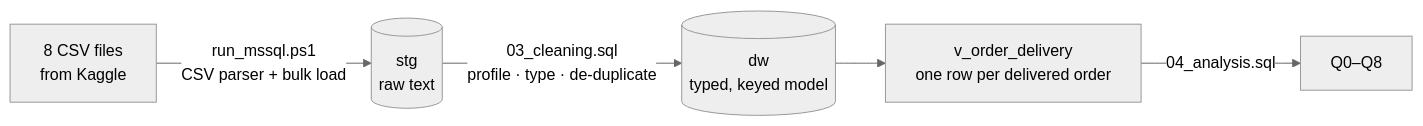
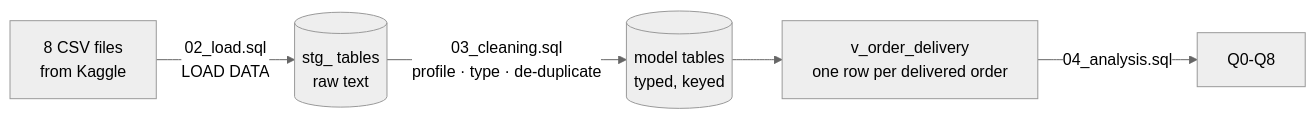
One commit to harshalgoel9-droid/ecommerce-delivery-satisfaction-sql changed the diagram in README.md. Above: the diagram before and after it, drawn with Mermaid (neutral theme). The commit also changed other lines of this file and 9 other files, not shown here.

````diff
--- a/README.md
+++ b/README.md
@@ -73,7 +61,7 @@
 ```mermaid
 flowchart LR
-    A["8 CSV files<br/>from Kaggle"] -->|"run_mssql.ps1<br/>CSV parser + bulk load"| B[("stg<br/>raw text")]
-    B -->|"03_cleaning.sql<br/>profile · type · de-duplicate"| C[("dw<br/>typed, keyed model")]
+    A["8 CSV files<br/>from Kaggle"] -->|"02_load.sql<br/>LOAD DATA"| B[("stg_ tables<br/>raw text")]
+    B -->|"03_cleaning.sql<br/>profile · type · de-duplicate"| C[("model tables<br/>typed, keyed")]
     C --> V["v_order_delivery<br/>one row per delivered order"]
-    V -->|"04_analysis.sql"| Q["Q0–Q8"]
+    V -->|"04_analysis.sql"| Q["Q0-Q8"]
 ```
````
